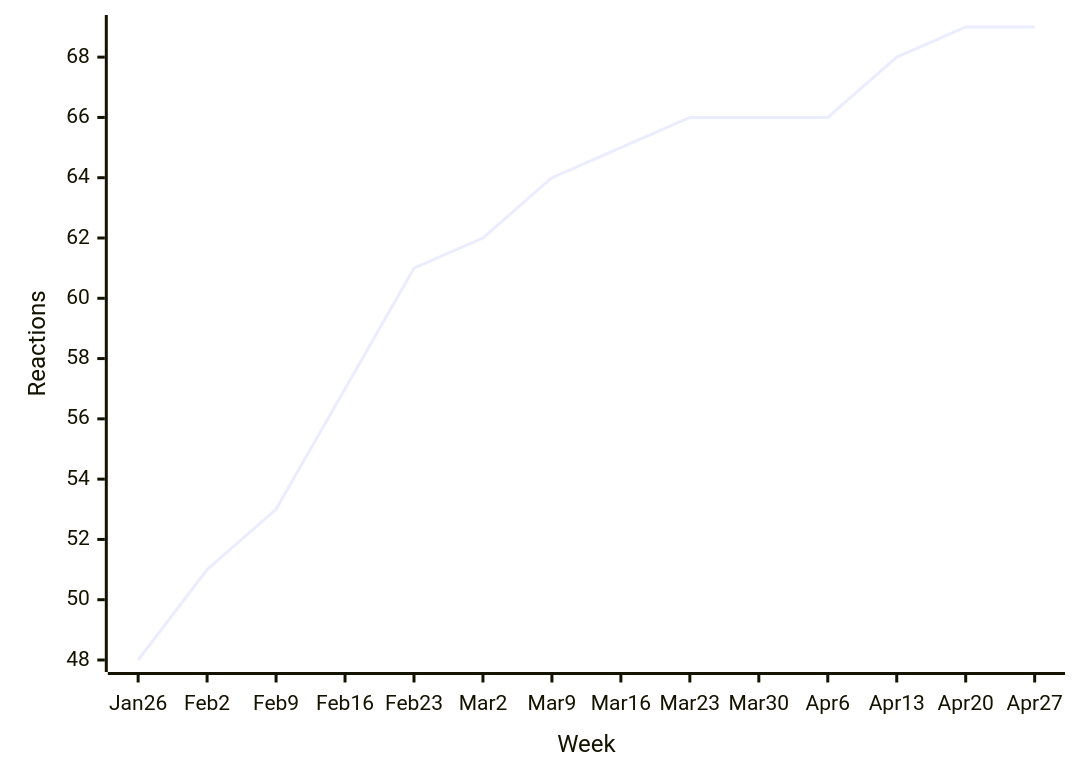
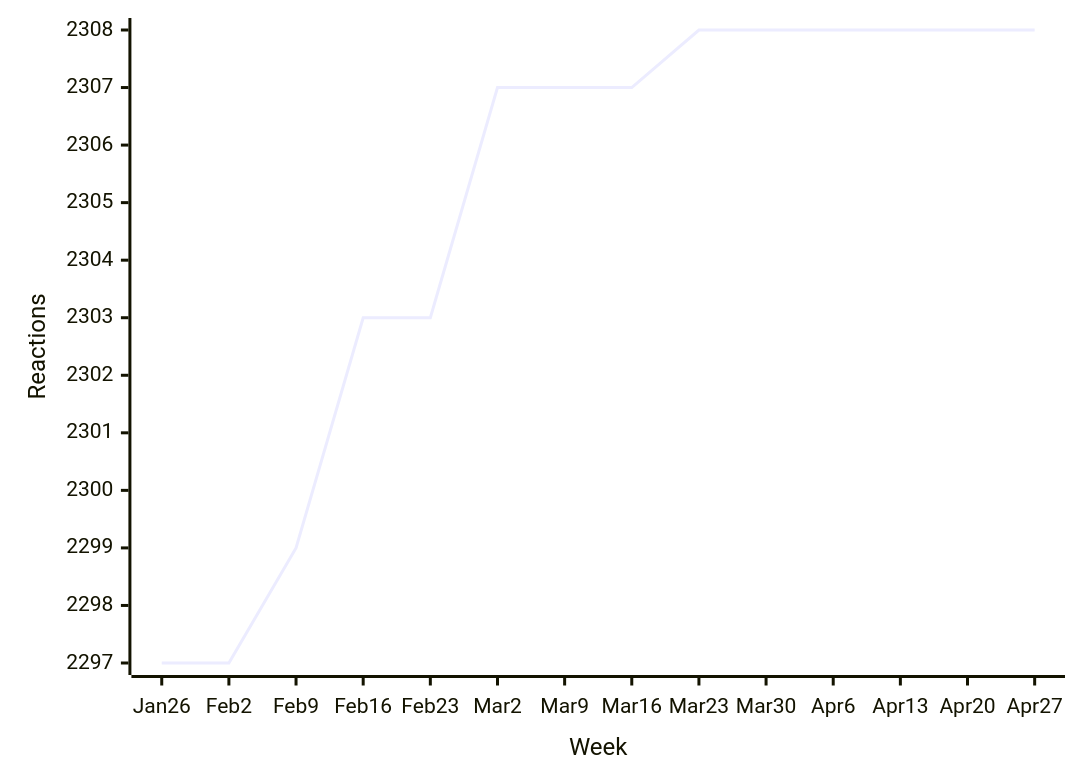
One commit to loic-sharma/github-insights changed the second of 15 diagrams in README.md. Above: the diagram before and after it, drawn with Mermaid. The commit also changed other lines of this file and 2 other files, not shown here.

````diff
--- a/README.md
+++ b/README.md
@@ -174,6 +174,6 @@
   ```mermaid
   xychart-beta
     x-axis "Week" [Jan 26, Feb 2, Feb 9, Feb 16, Feb 23, Mar 2, Mar 9, Mar 16, Mar 23, Mar 30, Apr 6, Apr 13, Apr 20, Apr 27]
     y-axis "Reactions"
-    line [48, 51, 53, 57, 61, 62, 64, 65, 66, 66, 66, 68, 69, 69]
+    line [2297, 2297, 2299, 2303, 2303, 2307, 2307, 2307, 2308, 2308, 2308, 2308, 2308, 2308]
   ```
````
